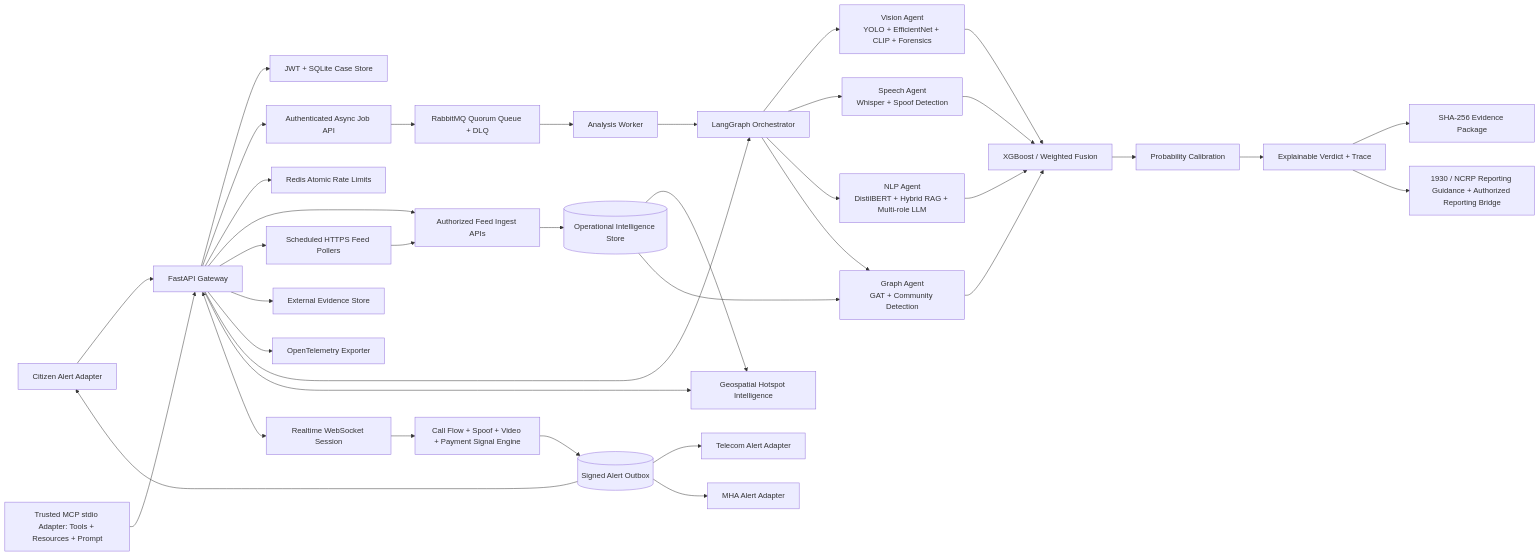
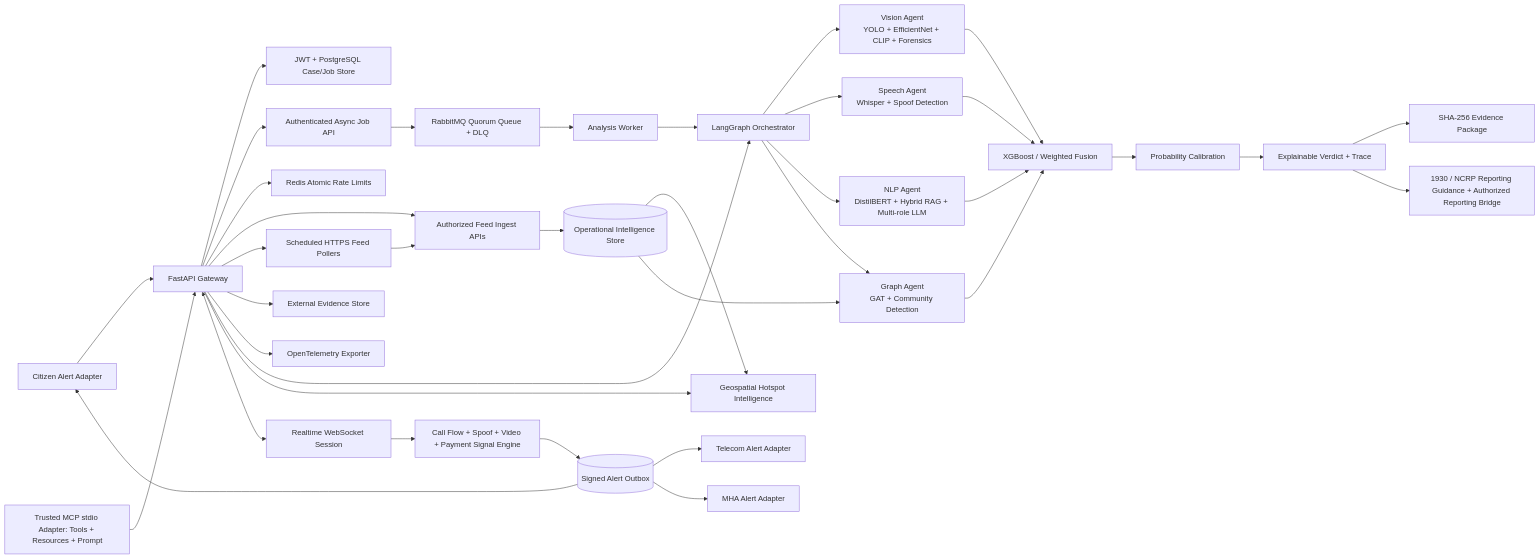
Before and after one commit to umeshgupta05/ET-AI-Hackathon: the diagram in docs/ARCHITECTURE.md, drawn with Mermaid. The commit also changed other lines of this file and 3 other files, not shown here.

````diff
--- a/docs/ARCHITECTURE.md
+++ b/docs/ARCHITECTURE.md
@@ -3,39 +3,39 @@
 ```mermaid
 flowchart LR
     Citizen[Citizen / Bank / Officer] --> API[FastAPI Gateway]
-    API --> Auth[JWT + SQLite Case Store]
+    API --> Auth[JWT + PostgreSQL Case/Job Store]
     API --> Jobs[Authenticated Async Job API]
     Jobs --> RMQ[RabbitMQ Quorum Queue + DLQ]
     RMQ --> Worker[Analysis Worker]
     Worker --> LG
     API --> Redis[Redis Atomic Rate Limits]
     API --> Ingest[Authorized Feed Ingest APIs]
     API --> Poll[Scheduled HTTPS Feed Pollers]
     Poll --> Ingest
     Ingest --> Ops[(Operational Intelligence Store)]
     Ops --> Geo
     Ops --> G
     API --> Obj[External Evidence Store]
     API --> OTel[OpenTelemetry Exporter]
     MCP[Trusted MCP stdio Adapter: Tools + Resources + Prompt] --> API
     API --> LG[LangGraph Orchestrator]
     LG --> V[Vision Agent\nYOLO + EfficientNet + CLIP + Forensics]
     LG --> S[Speech Agent\nWhisper + Spoof Detection]
     LG --> N[NLP Agent\nDistilBERT + Hybrid RAG + Multi-role LLM]
     LG --> G[Graph Agent\nGAT + Community Detection]
     V --> F[XGBoost / Weighted Fusion]
     S --> F
     N --> F
     G --> F
     F --> C[Probability Calibration]
     C --> D[Explainable Verdict + Trace]
     D --> E[SHA-256 Evidence Package]
     D --> R[1930 / NCRP Reporting Guidance + Authorized Reporting Bridge]
     API --> Geo[Geospatial Hotspot Intelligence]
     API <--> WS[Realtime WebSocket Session]
     WS --> RT[Call Flow + Spoof + Video + Payment Signal Engine]
     RT --> AO[(Signed Alert Outbox)]
     AO --> Citizen[Citizen Alert Adapter]
     AO --> Telecom[Telecom Alert Adapter]
     AO --> MHA[MHA Alert Adapter]
 ```
````
